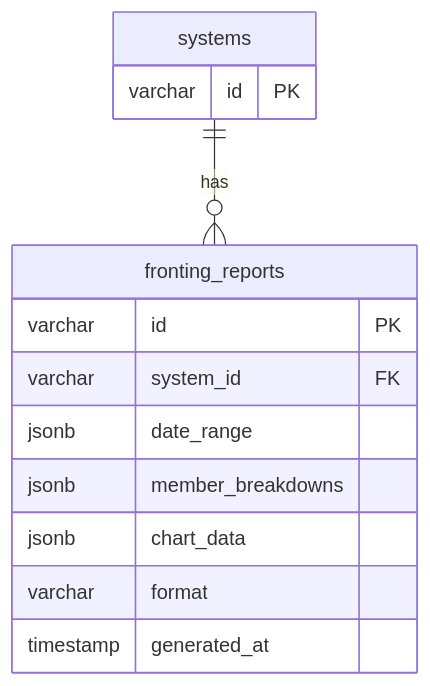
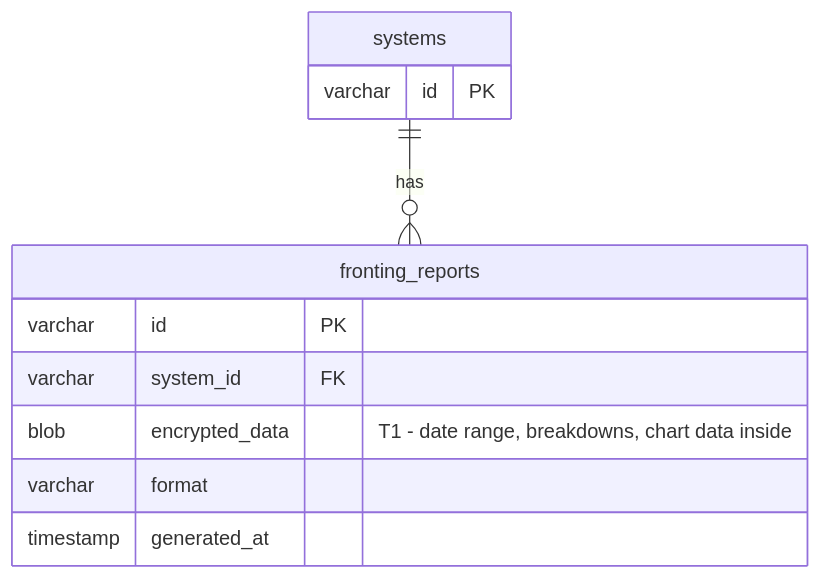
Before and after one commit to ThePrismSystem/pluralscape-mono: the seventh of 20 diagrams in docs/database-schema.md, drawn with Mermaid. The commit also changed other lines of this file, not shown here.

Commit message:
docs(db): correct ER diagrams against actual PG schema

````diff
--- a/docs/database-schema.md
+++ b/docs/database-schema.md
@@ -455,18 +464,16 @@
 ```mermaid
 erDiagram
     systems {
         varchar id PK
     }
 
     fronting_reports {
         varchar id PK
         varchar system_id FK
-        jsonb date_range
-        jsonb member_breakdowns
-        jsonb chart_data
+        blob encrypted_data "T1 - date range, breakdowns, chart data inside"
         varchar format
         timestamp generated_at
     }
 
     systems ||--o{ fronting_reports : "has"
 ```
````
